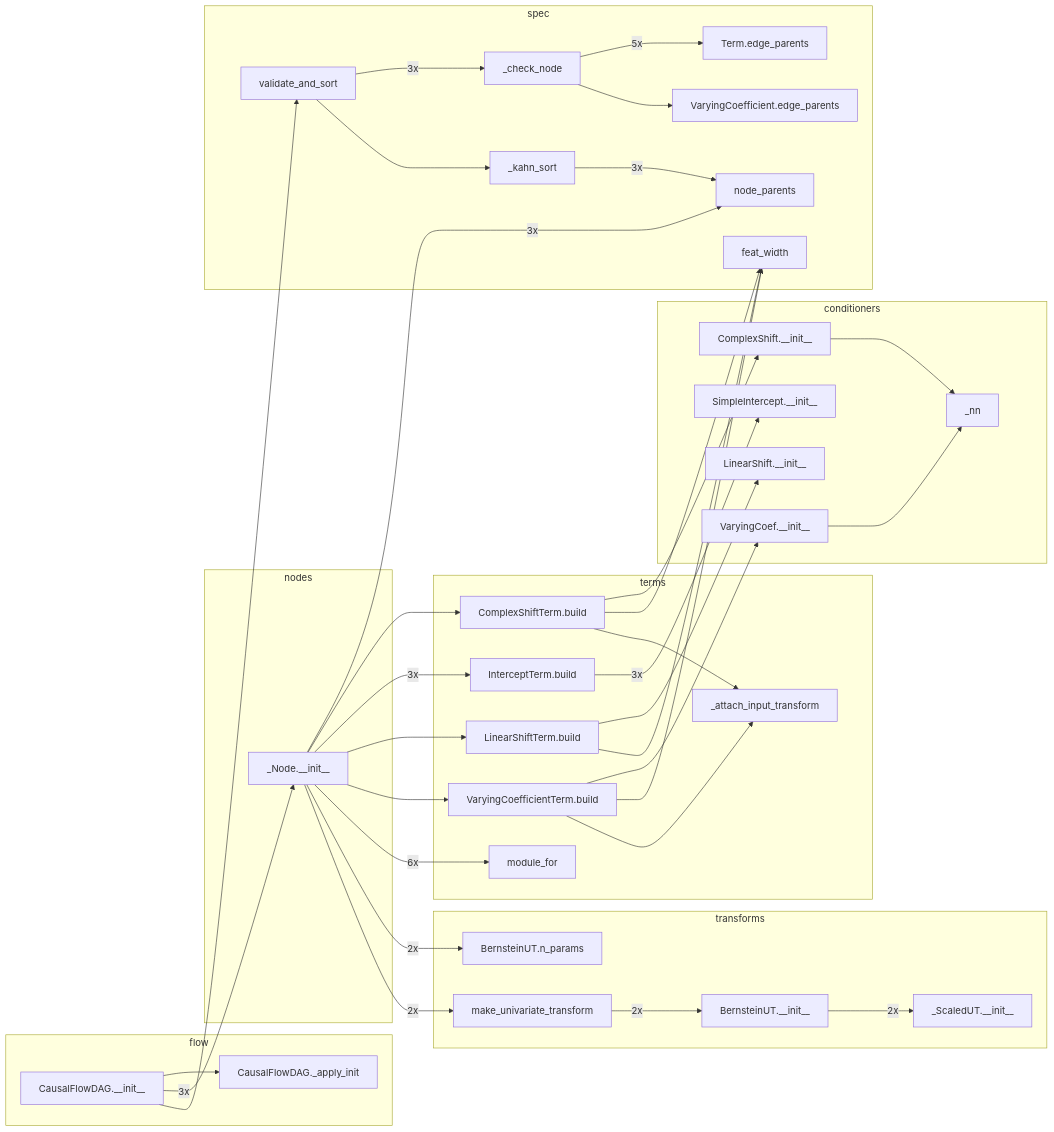
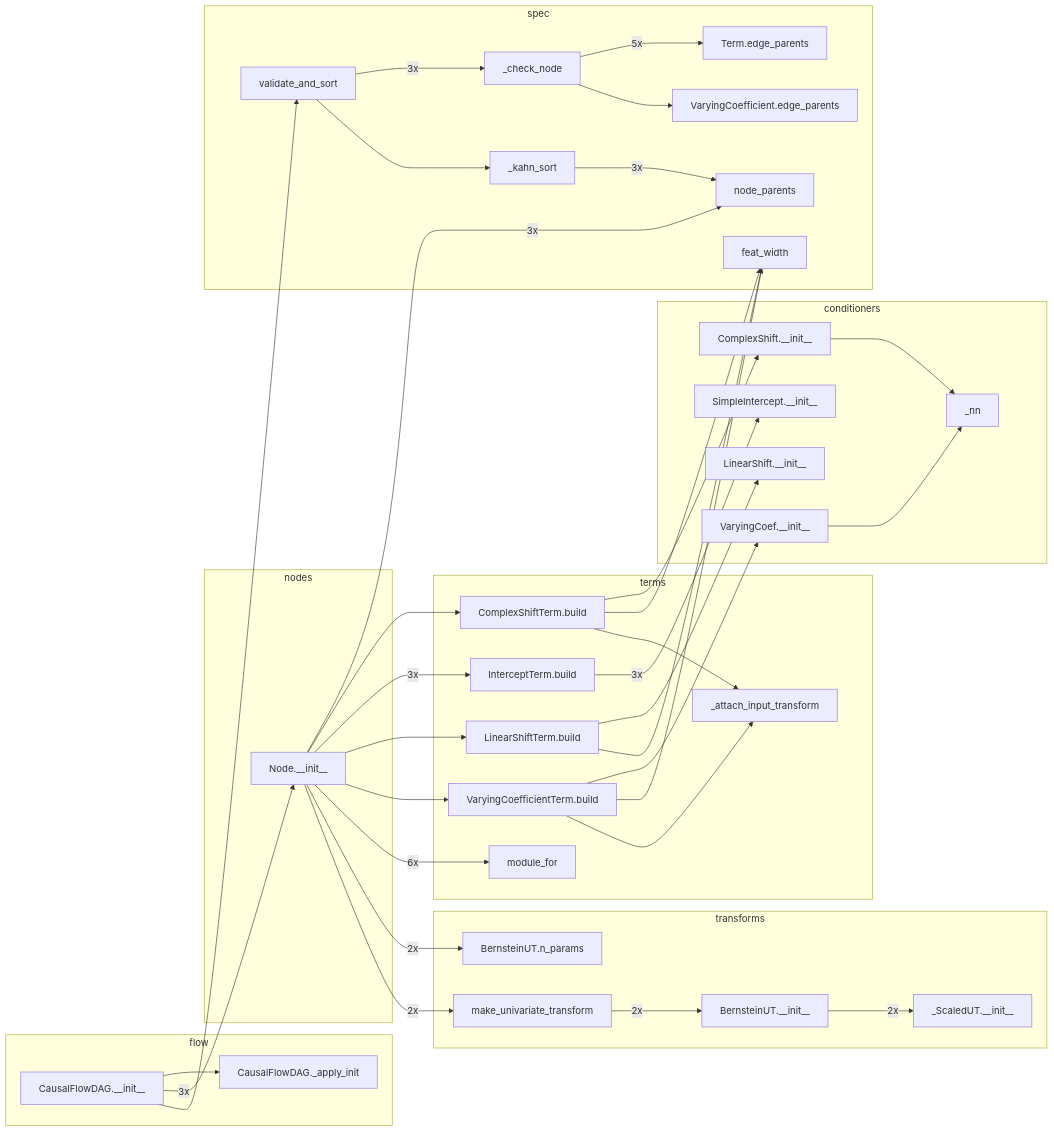
Before and after one commit to tensorchiefs/tramdag: the fifth of 6 diagrams in docs/architecture.md, drawn with Mermaid. The commit also changed other lines of this file and 12 other files, not shown here.

````diff
--- a/docs/architecture.md
+++ b/docs/architecture.md
@@ -324,69 +324,69 @@
 ```mermaid
 flowchart LR
   subgraph conditioners
     n0["ComplexShift.__init__"]
     n22["LinearShift.__init__"]
     n21["SimpleIntercept.__init__"]
     n2["VaryingCoef.__init__"]
     n1["_nn"]
   end
   subgraph flow
     n3["CausalFlowDAG.__init__"]
     n4["CausalFlowDAG._apply_init"]
   end
   subgraph nodes
-    n5["_Node.__init__"]
+    n5["Node.__init__"]
   end
   subgraph spec
     n16["Term.edge_parents"]
     n17["VaryingCoefficient.edge_parents"]
     n15["_check_node"]
     n18["_kahn_sort"]
     n19["feat_width"]
     n7["node_parents"]
     n6["validate_and_sort"]
   end
   subgraph terms
     n8["ComplexShiftTerm.build"]
     n9["InterceptTerm.build"]
     n10["LinearShiftTerm.build"]
     n11["VaryingCoefficientTerm.build"]
     n20["_attach_input_transform"]
     n12["module_for"]
   end
   subgraph transforms
     n23["BernsteinUT.__init__"]
     n13["BernsteinUT.n_params"]
     n24["_ScaledUT.__init__"]
     n14["make_univariate_transform"]
   end
     n0 --> n1
     n2 --> n1
     n3 --> n4
     n3 -- "3x" --> n5
     n3 --> n6
     n5 -- "3x" --> n7
     n5 --> n8
     n5 -- "3x" --> n9
     n5 --> n10
     n5 --> n11
     n5 -- "6x" --> n12
     n5 -- "2x" --> n13
     n5 -- "2x" --> n14
     n15 -- "5x" --> n16
     n15 --> n17
     n18 -- "3x" --> n7
     n6 -- "3x" --> n15
     n6 --> n18
     n8 --> n0
     n8 --> n19
     n8 --> n20
     n9 -- "3x" --> n21
     n10 --> n22
     n10 --> n19
     n11 --> n2
     n11 --> n19
     n11 --> n20
     n23 -- "2x" --> n24
     n14 -- "2x" --> n23
 ```
````
